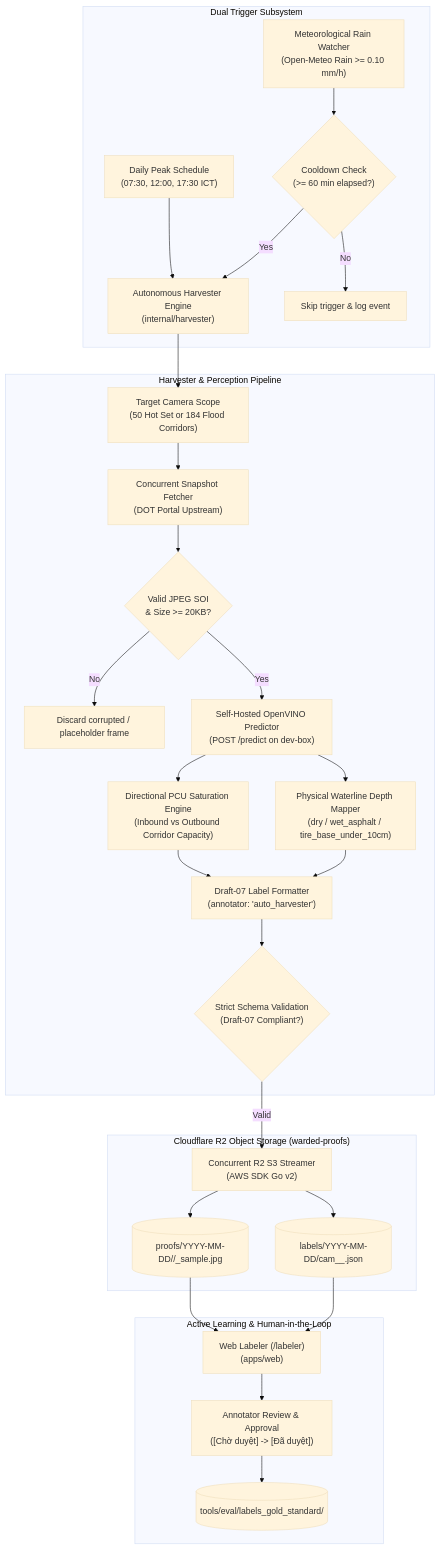
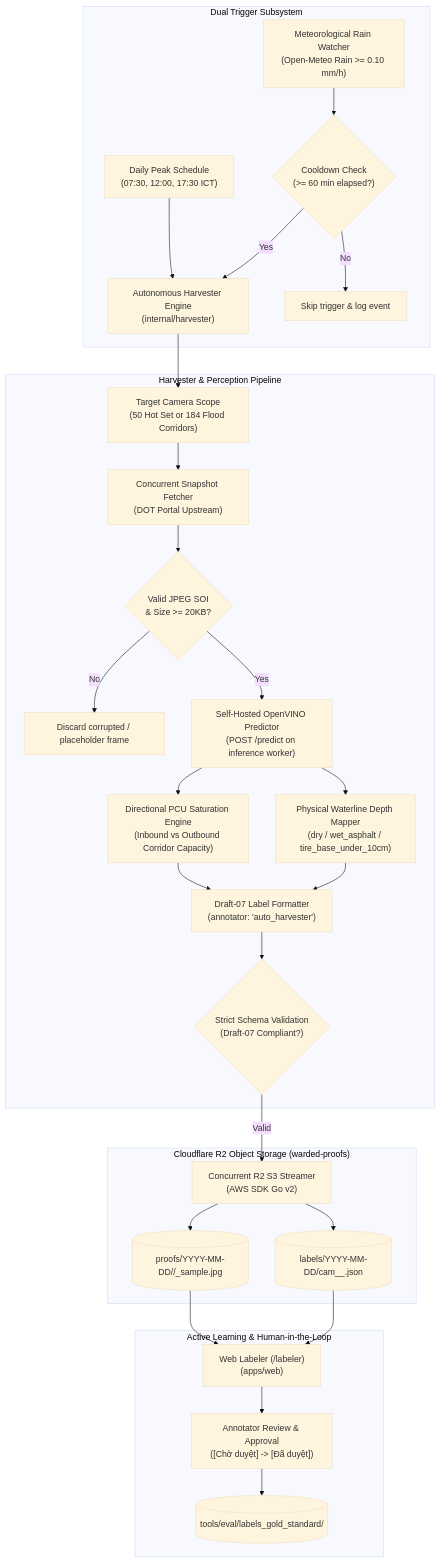
One commit to 529-studio/projectKV changed the second of 2 diagrams in docs/ADR-009-self-hosted-flood-segmentation-and-directional-pcu.md. Above: the diagram before and after it, drawn with Mermaid (base theme). The commit also changed other lines of this file and 77 other files, not shown here.

````diff
--- a/docs/ADR-009-self-hosted-flood-segmentation-and-directional-pcu.md
+++ b/docs/ADR-009-self-hosted-flood-segmentation-and-directional-pcu.md
@@ -93,37 +93,37 @@
 ```mermaid
 flowchart TD
     subgraph Triggers ["Dual Trigger Subsystem"]
         T1["Daily Peak Schedule<br/>(07:30, 12:00, 17:30 ICT)"] --> Engine
         T2["Meteorological Rain Watcher<br/>(Open-Meteo Rain >= 0.10 mm/h)"] --> Cooldown{"Cooldown Check<br/>(>= 60 min elapsed?)"}
         Cooldown -- Yes --> Engine["Autonomous Harvester Engine<br/>(internal/harvester)"]
         Cooldown -- No --> Skip["Skip trigger & log event"]
     end
 
     subgraph Harvester ["Harvester & Perception Pipeline"]
         Engine --> ScopeSelector["Target Camera Scope<br/>(50 Hot Set or 184 Flood Corridors)"]
         ScopeSelector --> FrameFetcher["Concurrent Snapshot Fetcher<br/>(DOT Portal Upstream)"]
         FrameFetcher --> JPEGCheck{"Valid JPEG SOI<br/>& Size >= 20KB?"}
         JPEGCheck -- No --> Drop["Discard corrupted / placeholder frame"]
-        JPEGCheck -- Yes --> OpenVINO["Self-Hosted OpenVINO Predictor<br/>(POST /predict on dev-box)"]
+        JPEGCheck -- Yes --> OpenVINO["Self-Hosted OpenVINO Predictor<br/>(POST /predict on inference worker)"]
         
         OpenVINO --> PCU["Directional PCU Saturation Engine<br/>(Inbound vs Outbound Corridor Capacity)"]
         OpenVINO --> Waterline["Physical Waterline Depth Mapper<br/>(dry / wet_asphalt / tire_base_under_10cm)"]
         
         PCU --> Manifest["Draft-07 Label Formatter<br/>(annotator: 'auto_harvester')"]
         Waterline --> Manifest
         Manifest --> SchemaCheck{"Strict Schema Validation<br/>(Draft-07 Compliant?)"}
     end
 
     subgraph Storage ["Cloudflare R2 Object Storage (warded-proofs)"]
         SchemaCheck -- Valid --> R2Upload["Concurrent R2 S3 Streamer<br/>(AWS SDK Go v2)"]
         R2Upload --> R2Images[("proofs/YYYY-MM-DD/<cam_id>/<ts>_sample.jpg")]
         R2Upload --> R2Labels[("labels/YYYY-MM-DD/cam_<cam_id>_<ts>.json")]
     end
 
     subgraph ActiveLearning ["Active Learning & Human-in-the-Loop"]
         R2Images --> WebLabeler["Web Labeler (/labeler)<br/>(apps/web)"]
         R2Labels --> WebLabeler
         WebLabeler --> HumanReview["Annotator Review & Approval<br/>([Chờ duyệt] -> [Đã duyệt])"]
         HumanReview --> GoldStandard[("tools/eval/labels_gold_standard/")]
     end
 ```
````
